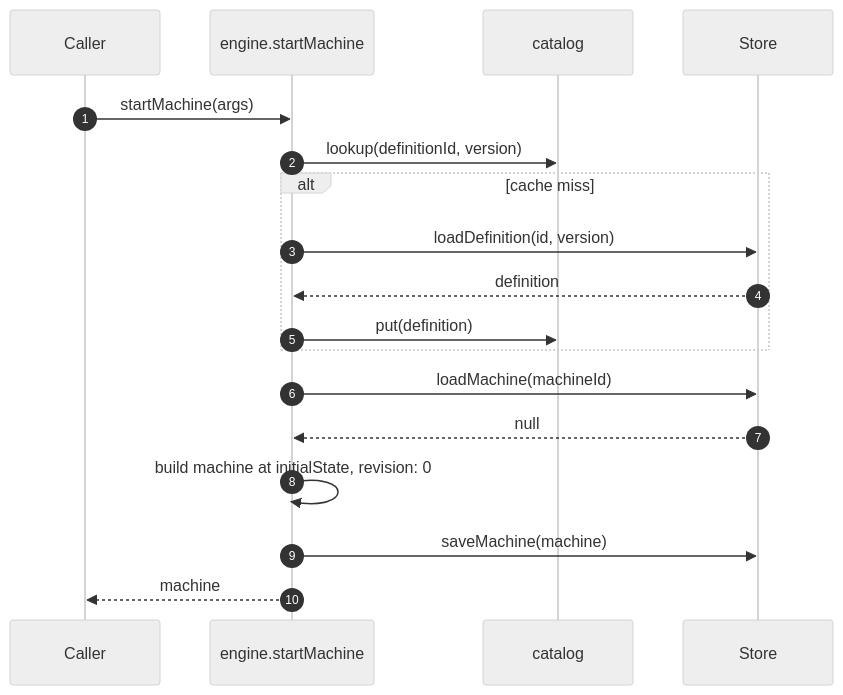
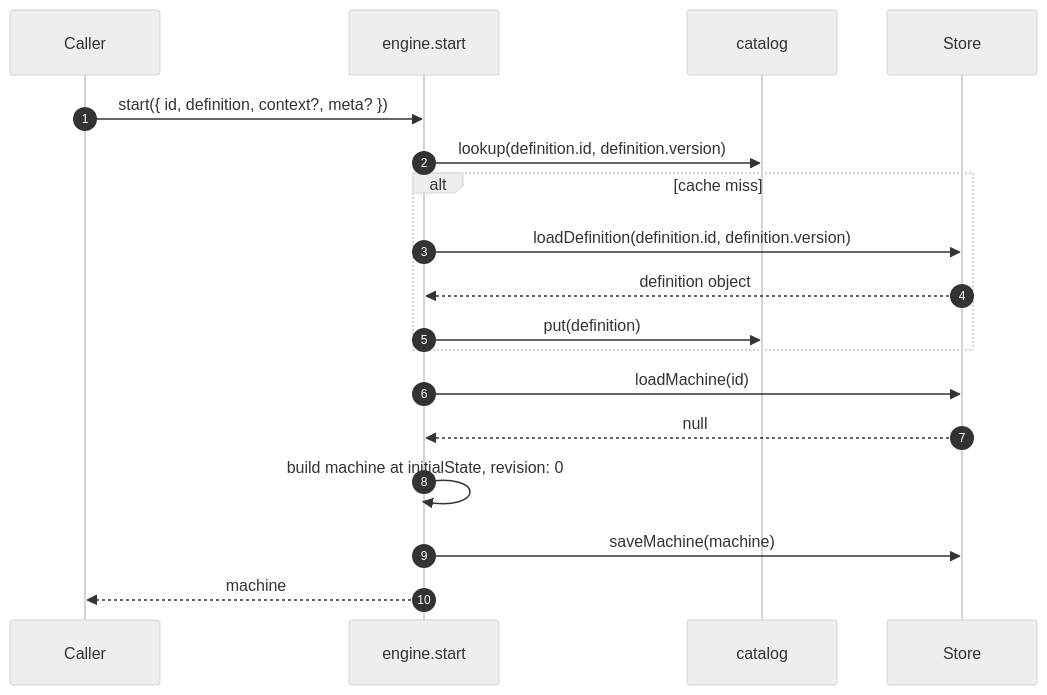
The first of 3 diagrams in architecture.md (foreman-lab/handbook), drawn with Mermaid (neutral theme) before and after one commit. The commit also changed other lines of this file, not shown here.

First line of the commit message:
docs: shorten engine method and parameter names

````diff
--- a/architecture.md
+++ b/architecture.md
@@ -287,21 +285,21 @@
 ```mermaid
 sequenceDiagram
     autonumber
     participant C as Caller
-    participant E as engine.startMachine
+    participant E as engine.start
     participant Cat as catalog
     participant S as Store
 
-    C->>E: startMachine(args)
-    E->>Cat: lookup(definitionId, version)
+    C->>E: start({ id, definition, context?, meta? })
+    E->>Cat: lookup(definition.id, definition.version)
     alt cache miss
-        E->>S: loadDefinition(id, version)
-        S-->>E: definition
+        E->>S: loadDefinition(definition.id, definition.version)
+        S-->>E: definition object
         E->>Cat: put(definition)
     end
-    E->>S: loadMachine(machineId)
+    E->>S: loadMachine(id)
     S-->>E: null
     E->>E: build machine at initialState, revision: 0
     E->>S: saveMachine(machine)
     E-->>C: machine
 ```
````
